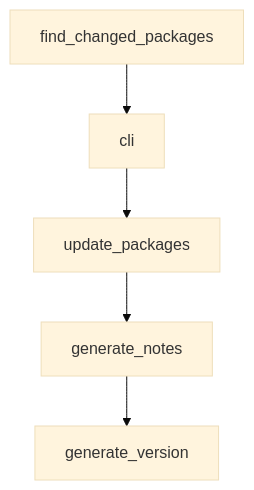
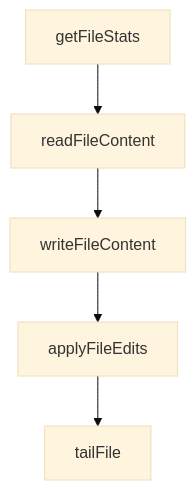
The diagram in tutorials/mcp-servers-tutorial/02-filesystem-server.md (johnxie/awesome-code-docs), drawn with Mermaid (base theme) before and after one commit. The commit also changed other lines of this file and 1232 other files, not shown here.

````diff
--- a/tutorials/mcp-servers-tutorial/02-filesystem-server.md
+++ b/tutorials/mcp-servers-tutorial/02-filesystem-server.md
@@ -297,12 +295,12 @@
 ```mermaid
 flowchart TD
-    A[find_changed_packages]
-    B[cli]
-    C[update_packages]
-    D[generate_notes]
-    E[generate_version]
+    A[getFileStats]
+    B[readFileContent]
+    C[writeFileContent]
+    D[applyFileEdits]
+    E[tailFile]
     A --> B
     B --> C
     C --> D
     D --> E
 ```
````
